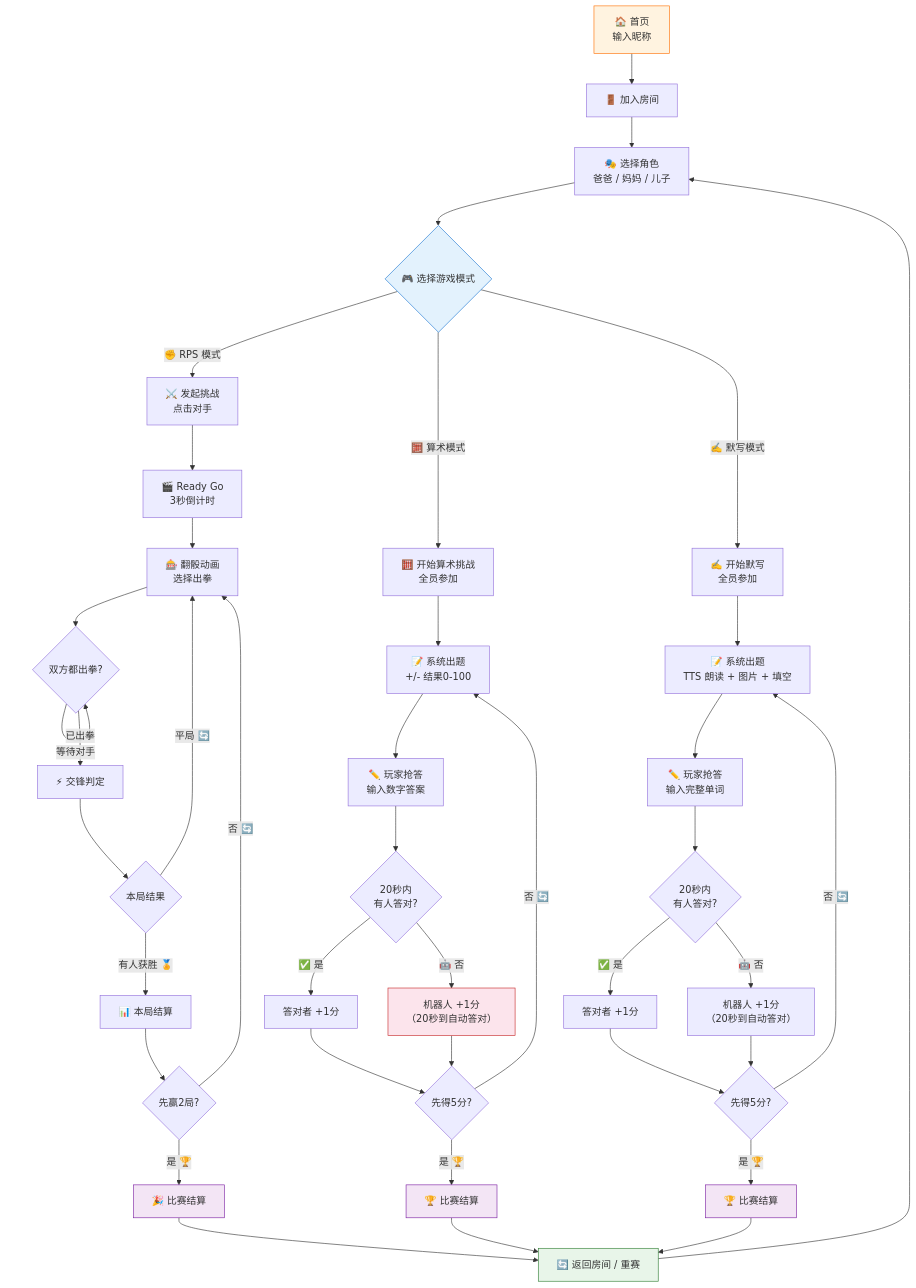
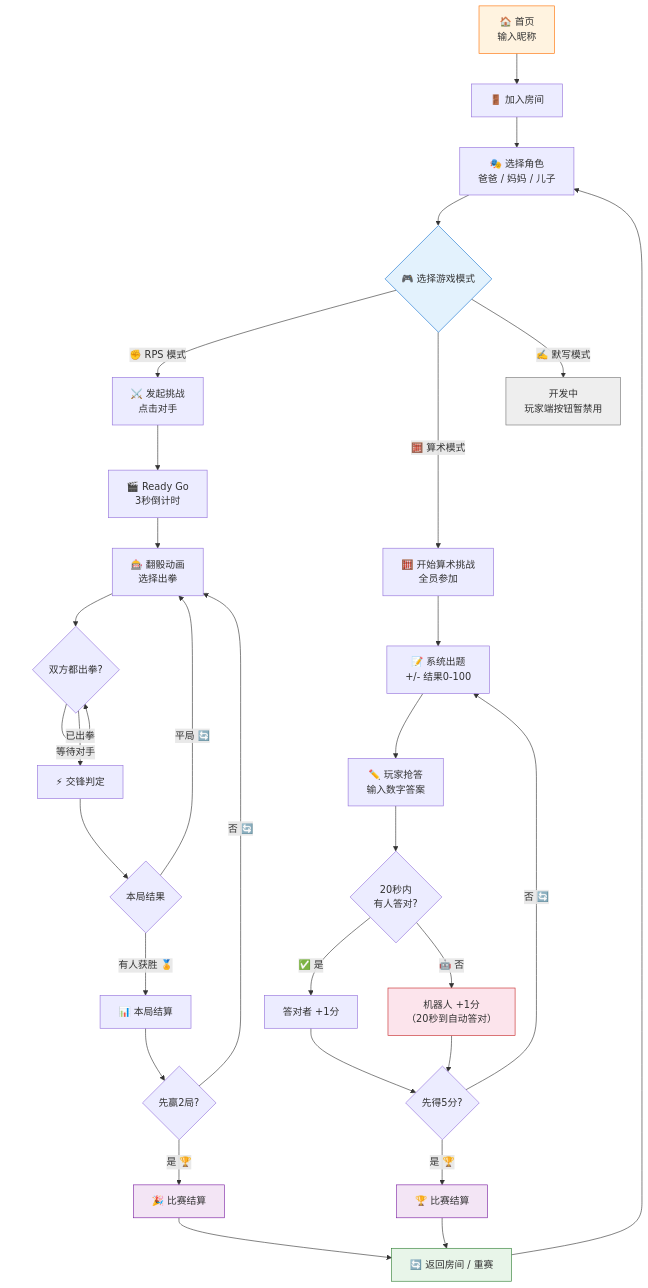
Before and after one commit to soapgu/family-war: the second of 2 diagrams in README.md, drawn with Mermaid. The commit also changed other lines of this file and 2 other files, not shown here.

````diff
--- a/README.md
+++ b/README.md
@@ -37,54 +37,44 @@
 ```mermaid
 flowchart TD
     A[🏠 首页<br>输入昵称] --> B[🚪 加入房间]
     B --> C[🎭 选择角色<br>爸爸 / 妈妈 / 儿子]
     C --> D{🎮 选择游戏模式}
 
     D -->|✊ RPS 模式| E[⚔️ 发起挑战<br>点击对手]
     E --> F[🎬 Ready Go<br>3秒倒计时]
     F --> G[🎰 翻骰动画<br>选择出拳]
     G --> H{双方都出拳?}
     H -->|等待对手| H
     H -->|已出拳| I[⚡ 交锋判定]
     I --> J{本局结果}
     J -->|平局 🔄| G
     J -->|有人获胜 🏅| K[📊 本局结算]
     K --> L{先赢2局?}
     L -->|否 🔄| G
     L -->|是 🏆| M[🎉 比赛结算]
 
     D -->|🧮 算术模式| N[🧮 开始算术挑战<br>全员参加]
     N --> O[📝 系统出题<br>+/- 结果0-100]
     O --> P[✏️ 玩家抢答<br>输入数字答案]
     P --> Q{20秒内<br>有人答对?}
     Q -->|✅ 是| R[答对者 +1分]
     Q -->|🤖 否| S[机器人 +1分<br>（20秒到自动答对）]
     R --> T{先得5分?}
     S --> T
     T -->|否 🔄| O
     T -->|是 🏆| U[🏆 比赛结算]
 
-    D -->|✍️ 默写模式| Sp[✍️ 开始默写<br>全员参加]
-    Sp --> SpQ[📝 系统出题<br>TTS 朗读 + 图片 + 填空]
-    SpQ --> SpAns[✏️ 玩家抢答<br>输入完整单词]
-    SpAns --> SpRes{20秒内<br>有人答对?}
-    SpRes -->|✅ 是| SpR[答对者 +1分]
-    SpRes -->|🤖 否| SpS[机器人 +1分<br>（20秒到自动答对）]
-    SpR --> SpT{先得5分?}
-    SpS --> SpT
-    SpT -->|否 🔄| SpQ
-    SpT -->|是 🏆| SpU[🏆 比赛结算]
+    D -->|✍️ 默写模式| Sp[开发中<br>玩家端按钮暂禁用]
 
     M --> V[🔄 返回房间 / 重赛]
     U --> V
-    SpU --> V
     V --> C
 
     style A fill:#fff3e0,stroke:#ff6f00
     style D fill:#e3f2fd,stroke:#1976d2
     style M fill:#f3e5f5,stroke:#7b1fa2
     style U fill:#f3e5f5,stroke:#7b1fa2
-    style SpU fill:#f3e5f5,stroke:#7b1fa2
+    style Sp fill:#eeeeee,stroke:#757575
     style S fill:#fce4ec,stroke:#c62828
     style V fill:#e8f5e9,stroke:#2e7d32
 ```
````
